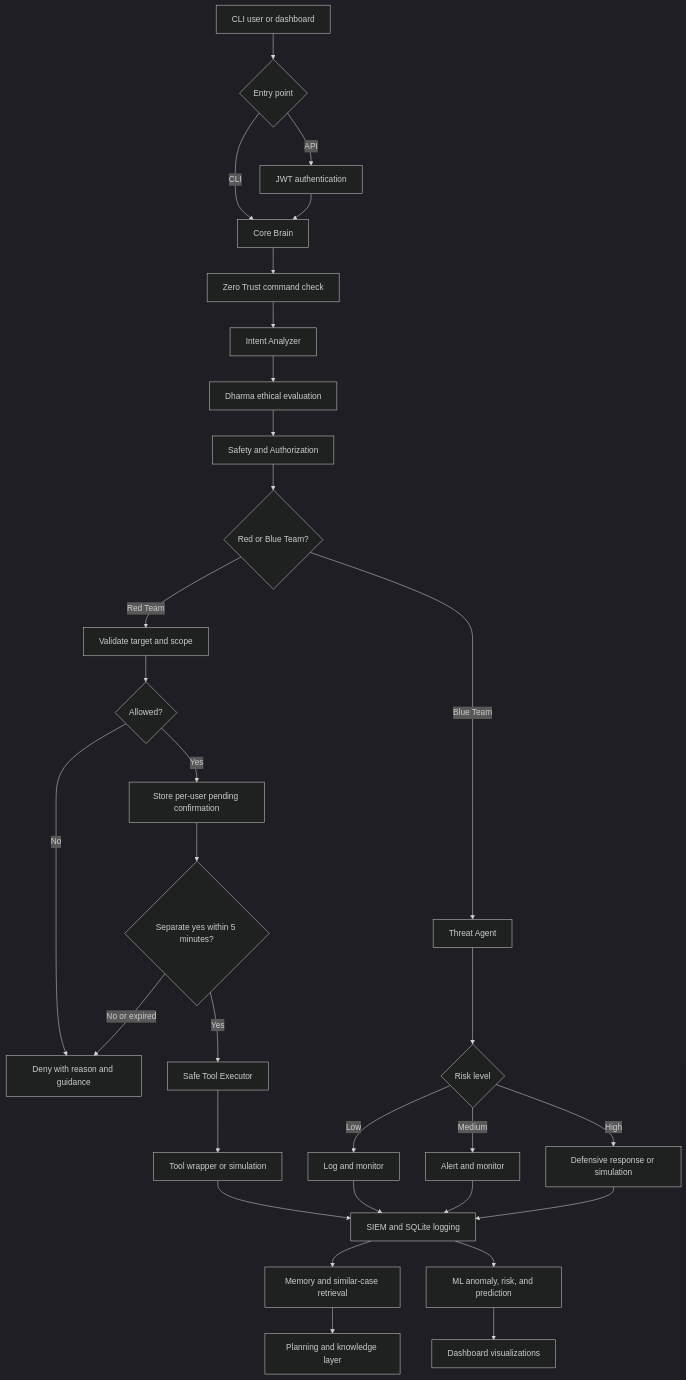
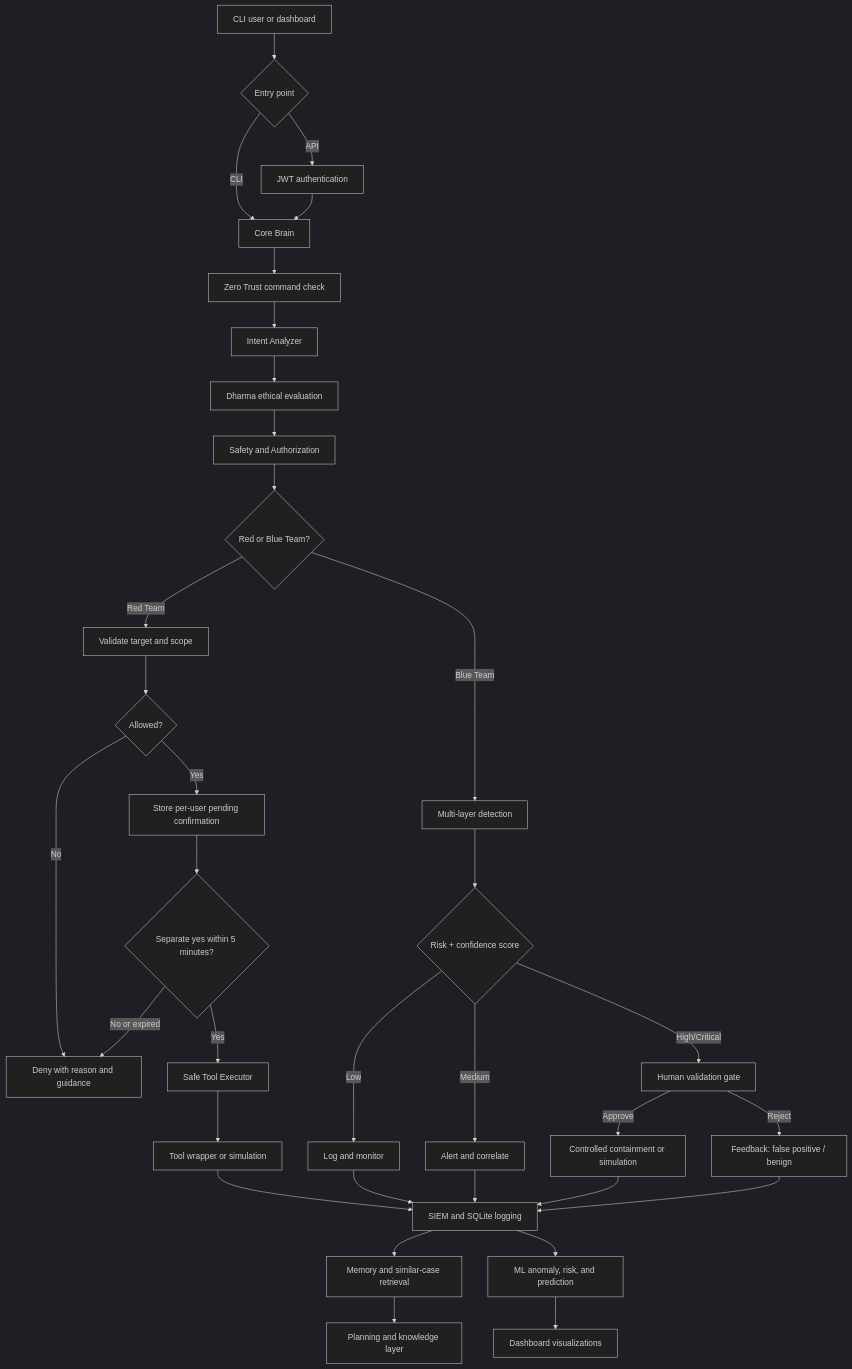
One commit to DENKY0612/VRINDHA changed the diagram in vrin_SOC/README.md. Above: the diagram before and after it, drawn with Mermaid (dark theme). The commit also changed other lines of this file and 16 other files, not shown here.

Commit message:
Implement risk-based human validation flow

````diff
--- a/vrin_SOC/README.md
+++ b/vrin_SOC/README.md
@@ -22,37 +22,40 @@
 ```mermaid
 flowchart TD
     U[CLI user or dashboard] --> E{Entry point}
     E -->|CLI| B[Core Brain]
     E -->|API| A[JWT authentication]
     A --> B
 
     B --> Z[Zero Trust command check]
     Z --> I[Intent Analyzer]
     I --> D[Dharma ethical evaluation]
     D --> S[Safety and Authorization]
     S --> C{Red or Blue Team?}
 
     C -->|Red Team| R[Validate target and scope]
     R --> Q{Allowed?}
     Q -->|No| X[Deny with reason and guidance]
     Q -->|Yes| P[Store per-user pending confirmation]
     P --> Y{Separate yes within 5 minutes?}
     Y -->|No or expired| X
     Y -->|Yes| T[Safe Tool Executor]
     T --> W[Tool wrapper or simulation]
 
-    C -->|Blue Team| H[Threat Agent]
-    H --> K{Risk level}
+    C -->|Blue Team| H[Multi-layer detection]
+    H --> K{Risk + confidence score}
     K -->|Low| L[Log and monitor]
-    K -->|Medium| N[Alert and monitor]
-    K -->|High| O[Defensive response or simulation]
+    K -->|Medium| N[Alert and correlate]
+    K -->|High/Critical| V[Human validation gate]
+    V -->|Approve| O[Controlled containment or simulation]
+    V -->|Reject| F[Feedback: false positive / benign]
 
     W --> G[SIEM and SQLite logging]
     L --> G
     N --> G
     O --> G
+    F --> G
     G --> M[Memory and similar-case retrieval]
     M --> PL[Planning and knowledge layer]
     G --> ML[ML anomaly, risk, and prediction]
     ML --> UI[Dashboard visualizations]
 ```
````
